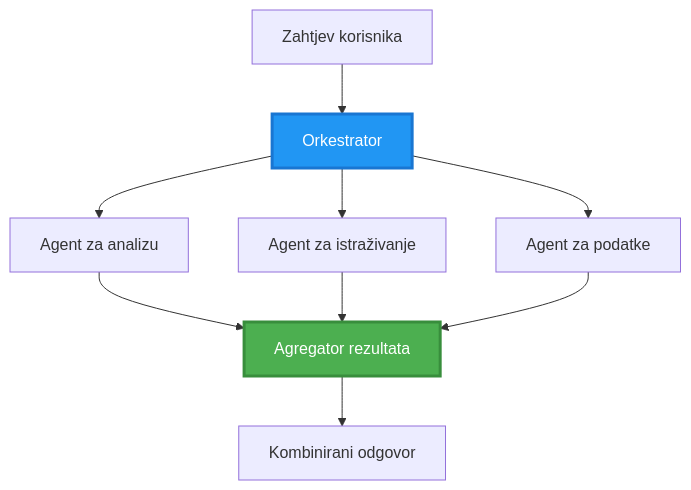
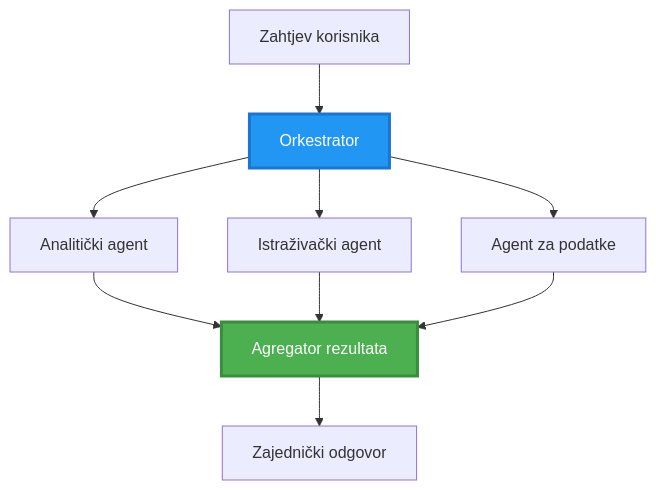
Before and after one commit to microsoft/AZD-for-beginners: the second of 6 diagrams in translations/hr/docs/chapter-06-pre-deployment/coordination-patterns.md, drawn with Mermaid. The commit also changed other lines of this file and 101 other files, not shown here.

````diff
--- a/translations/hr/docs/chapter-06-pre-deployment/coordination-patterns.md
+++ b/translations/hr/docs/chapter-06-pre-deployment/coordination-patterns.md
@@ -106,22 +100,22 @@
 ```mermaid
 graph TB
     User[Zahtjev korisnika]
     Orchestrator[Orkestrator]
-    Agent1[Agent za analizu]
-    Agent2[Agent za istraživanje]
+    Agent1[Analitički agent]
+    Agent2[Istraživački agent]
     Agent3[Agent za podatke]
     Aggregator[Agregator rezultata]
-    Response[Kombinirani odgovor]
+    Response[Zajednički odgovor]
     
     User --> Orchestrator
     Orchestrator --> Agent1
     Orchestrator --> Agent2
     Orchestrator --> Agent3
     Agent1 --> Aggregator
     Agent2 --> Aggregator
     Agent3 --> Aggregator
     Aggregator --> Response
     
     style Orchestrator fill:#2196F3,stroke:#1976D2,stroke-width:3px,color:#fff
     style Aggregator fill:#4CAF50,stroke:#388E3C,stroke-width:3px,color:#fff
 ```
````
